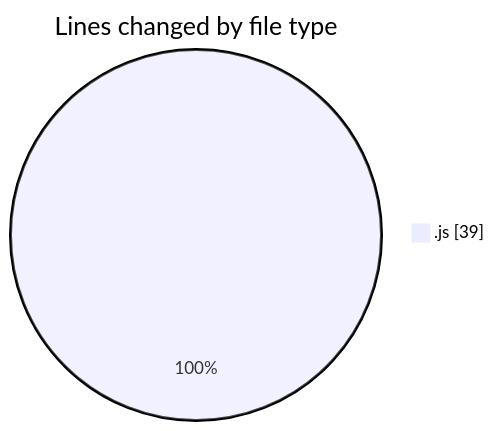
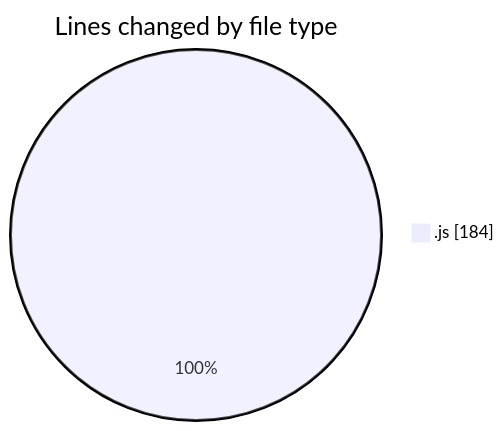
Before and after one commit to nxtqubesakshisongat/code-tracking: the first of 2 diagrams in 2025-05-31/nxtqube_webapp/README.md, drawn with Mermaid. The commit also changed other lines of this file and 1 other file, not shown here.

````diff
--- a/2025-05-31/nxtqube_webapp/README.md
+++ b/2025-05-31/nxtqube_webapp/README.md
@@ -20,5 +21,5 @@
 ```mermaid
 pie showData
 title Lines changed by file type
-".js" : 39
+".js" : 184
 ```
````
